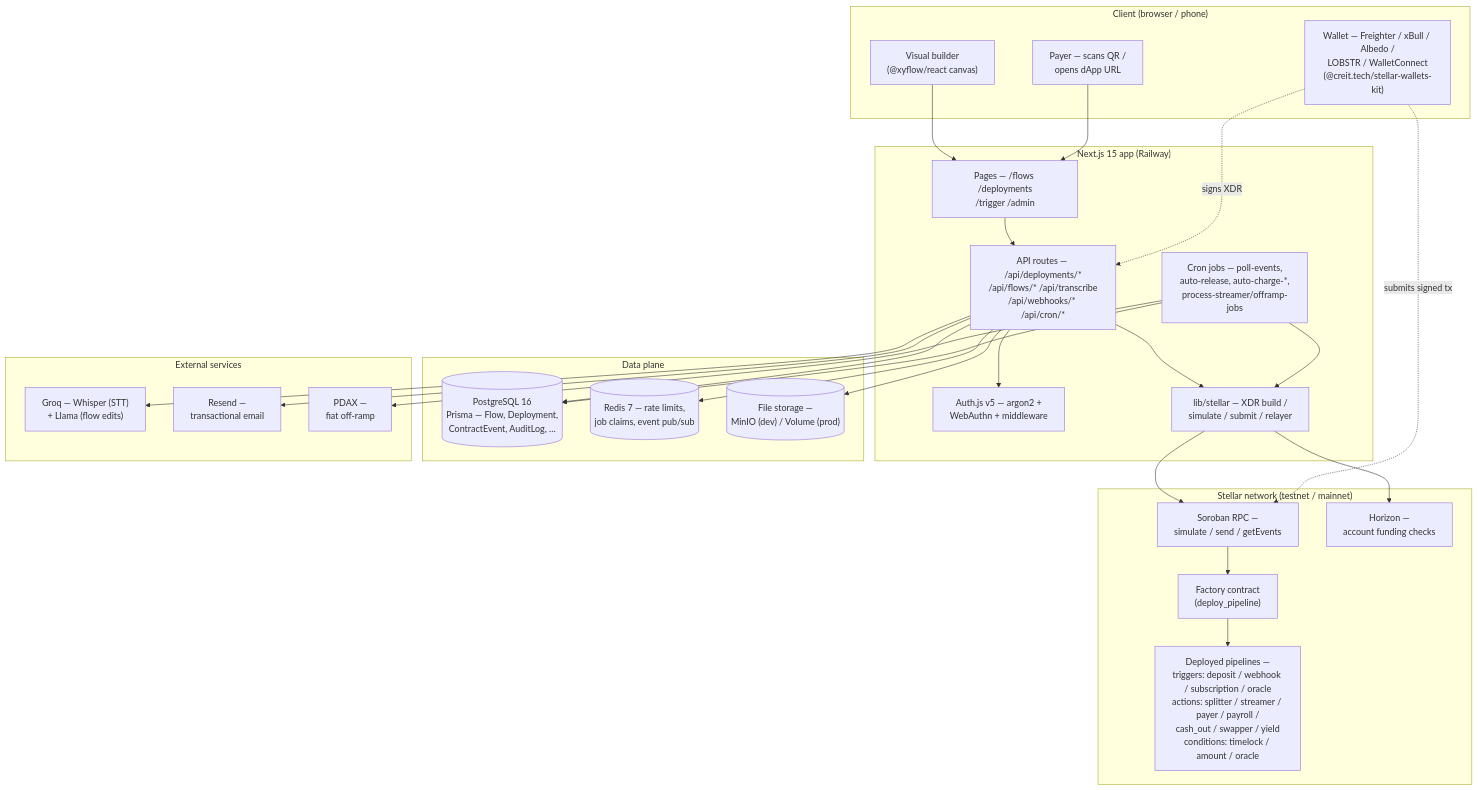
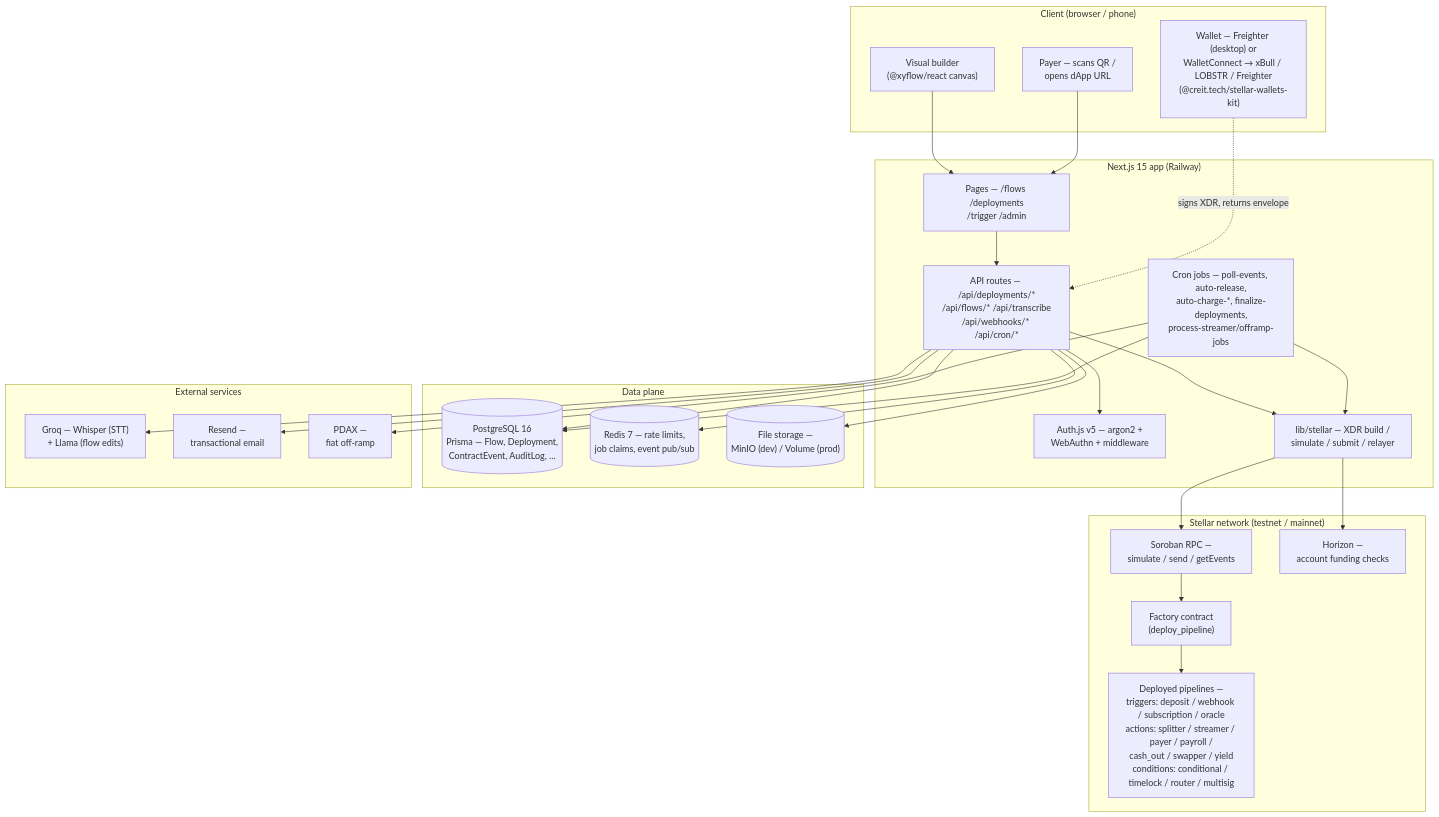
One commit to artisam-paiflow/paiflow changed the first of 5 diagrams in docs/architecture-diagrams.md. Above: the diagram before and after it, drawn with Mermaid. The commit also changed other lines of this file and 1 other file, not shown here.

First line of the commit message:
docs: correct four errors in the system architecture diagram

````diff
--- a/docs/architecture-diagrams.md
+++ b/docs/architecture-diagrams.md
@@ -17,55 +36,54 @@
 ```mermaid
 flowchart TB
     subgraph Client["Client (browser / phone)"]
         Builder["Visual builder<br/>(@xyflow/react canvas)"]
-        Wallet["Wallet — Freighter / xBull / Albedo /<br/>LOBSTR / WalletConnect<br/>(@creit.tech/stellar-wallets-kit)"]
+        Wallet["Wallet — Freighter (desktop) or<br/>WalletConnect → xBull / LOBSTR / Freighter<br/>(@creit.tech/stellar-wallets-kit)"]
         Payer["Payer — scans QR /<br/>opens dApp URL"]
     end
 
     subgraph App["Next.js 15 app (Railway)"]
         Pages["Pages — /flows /deployments<br/>/trigger /admin"]
         API["API routes — /api/deployments/*<br/>/api/flows/* /api/transcribe<br/>/api/webhooks/* /api/cron/*"]
         Auth["Auth.js v5 — argon2 +<br/>WebAuthn + middleware"]
         StellarLib["lib/stellar — XDR build /<br/>simulate / submit / relayer"]
-        Cron["Cron jobs — poll-events,<br/>auto-release, auto-charge-*,<br/>process-streamer/offramp-jobs"]
+        Cron["Cron jobs — poll-events, auto-release,<br/>auto-charge-*, finalize-deployments,<br/>process-streamer/offramp-jobs"]
     end
 
     subgraph Data["Data plane"]
         PG[("PostgreSQL 16<br/>Prisma — Flow, Deployment,<br/>ContractEvent, AuditLog, …")]
         Redis[("Redis 7 — rate limits,<br/>job claims, event pub/sub")]
         Files[("File storage —<br/>MinIO (dev) / Volume (prod)")]
     end
 
     subgraph Chain["Stellar network (testnet / mainnet)"]
         RPC["Soroban RPC —<br/>simulate / send / getEvents"]
         Horizon["Horizon —<br/>account funding checks"]
         Factory["Factory contract<br/>(deploy_pipeline)"]
-        Contracts["Deployed pipelines —<br/>triggers: deposit / webhook / subscription / oracle<br/>actions: splitter / streamer / payer / payroll /<br/>cash_out / swapper / yield<br/>conditions: timelock / amount / oracle"]
+        Contracts["Deployed pipelines —<br/>triggers: deposit / webhook / subscription / oracle<br/>actions: splitter / streamer / payer / payroll /<br/>cash_out / swapper / yield<br/>conditions: conditional / timelock / router / multisig"]
     end
 
     subgraph External["External services"]
         Groq["Groq — Whisper (STT)<br/>+ Llama (flow edits)"]
         Resend["Resend —<br/>transactional email"]
         PDAX["PDAX —<br/>fiat off-ramp"]
     end
 
     Builder --> Pages
     Payer --> Pages
     Pages --> API
     API --> Auth
     API --> StellarLib
     API --> PG
     API --> Redis
     API --> Files
     API --> Groq
     API --> Resend
     Cron --> StellarLib
     Cron --> PG
     Cron --> PDAX
     StellarLib --> RPC
     StellarLib --> Horizon
     RPC --> Factory
     Factory --> Contracts
-    Wallet -. signs XDR .-> API
-    Wallet -. submits signed tx .-> RPC
+    Wallet -. signs XDR, returns envelope .-> API
 ```
````
